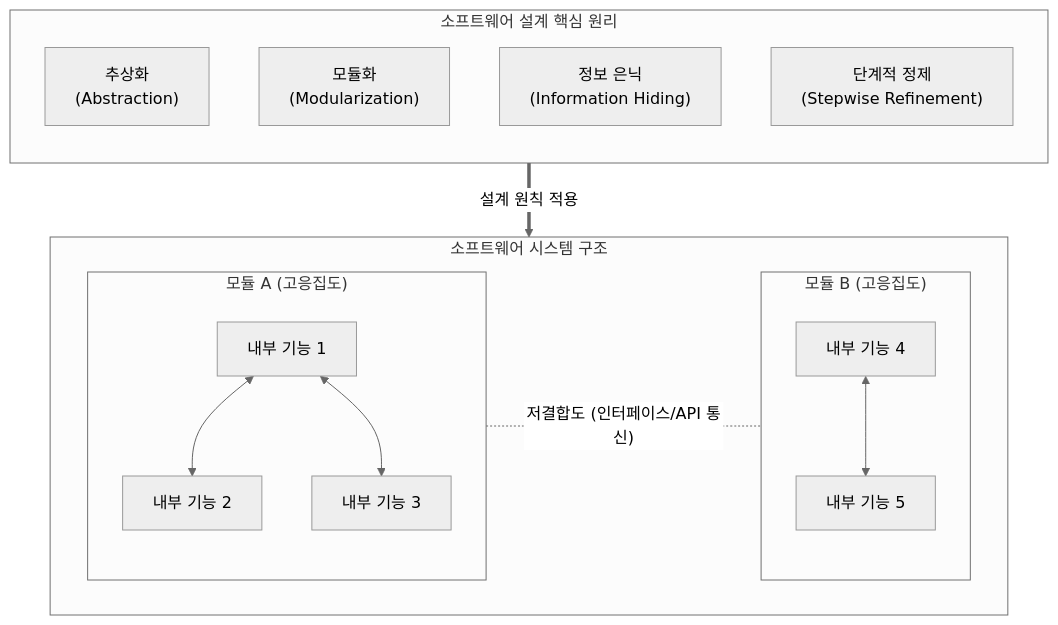
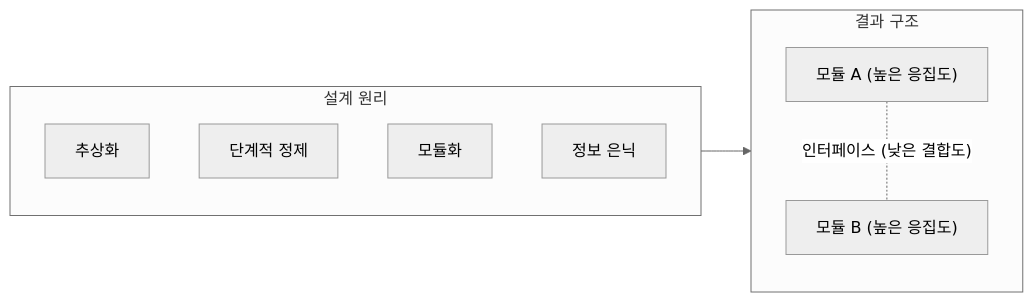
Before and after one commit to supremethumb/supremethumb.github.io: the diagram in content/01_IT Tech/소프트웨어 설계의 원리.md, drawn with Mermaid (neutral theme). The commit also changed other lines of this file and 1087 other files, not shown here.

````diff
--- a/content/01_IT Tech/소프트웨어 설계의 원리.md
+++ b/content/01_IT Tech/소프트웨어 설계의 원리.md
@@ -29,27 +35,17 @@
 ```mermaid
-flowchart TB
-    subgraph Design_Principles ["소프트웨어 설계 핵심 원리"]
+flowchart LR
+    subgraph P ["설계 원리"]
         direction TB
-        ABS["추상화<br/>(Abstraction)"]
-        MOD["모듈화<br/>(Modularization)"]
-        ENC["정보 은닉<br/>(Information Hiding)"]
-        REF["단계적 정제<br/>(Stepwise Refinement)"]
+        A["추상화"]
+        R["단계적 정제"]
+        M["모듈화"]
+        H["정보 은닉"]
     end
-
-    subgraph System_Architecture ["소프트웨어 시스템 구조"]
-        direction LR
-        subgraph ModA ["모듈 A (고응집도)"]
-            A1[내부 기능 1] <--> A2[내부 기능 2]
-            A1 <--> A3[내부 기능 3]
-        end
-        
-        subgraph ModB ["모듈 B (고응집도)"]
-            B1[내부 기능 4] <--> B2[내부 기능 5]
-        end
-        
-        ModA -. "저결합도 (인터페이스/API 통신)" .- ModB
+    subgraph S ["결과 구조"]
+        direction TB
+        MA["모듈 A (높은 응집도)"]
+        MB["모듈 B (높은 응집도)"]
+        MA -. "인터페이스 (낮은 결합도)" .- MB
     end
-
-    Design_Principles ==>|"설계 원칙 적용"| System_Architecture
-
+    P --> S
 ```
````
